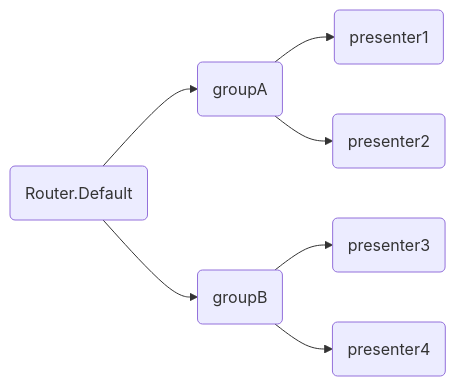
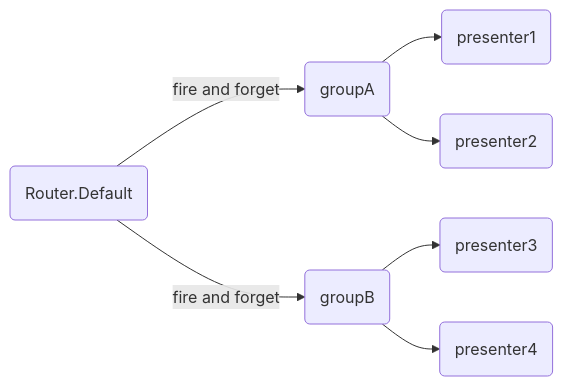
The diagram in README.md (hadashiA/VitalRouter), drawn with Mermaid before and after one commit. The commit also changed 1 other file, not shown here.

````diff
--- a/README.md
+++ b/README.md
@@ -647,18 +647,18 @@
 ```mermaid
 flowchart LR
 
 Default(Router.Default)
 GroupA(groupA)
 GroupB(groupB)
 P1(presenter1)
 P2(presenter2)
 P3(presenter3)
 P4(presenter4)
 
-Default --> GroupA
-Default --> GroupB
+Default -->|fire and forget| GroupA
+Default -->|fire and forget| GroupB
 GroupA --> P1
 GroupA --> P2
 GroupB --> P3
 GroupB --> P4
 ```
````
